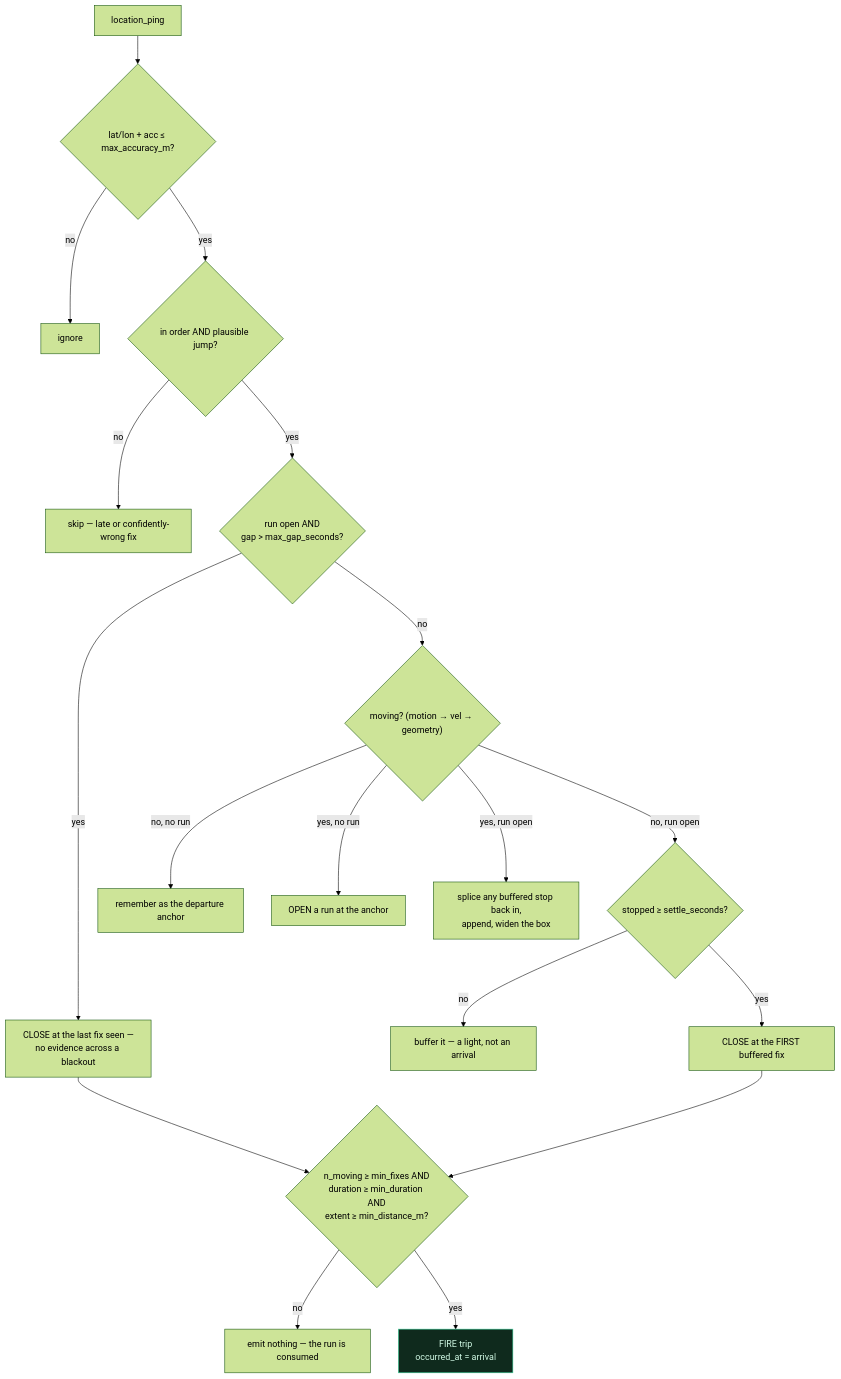
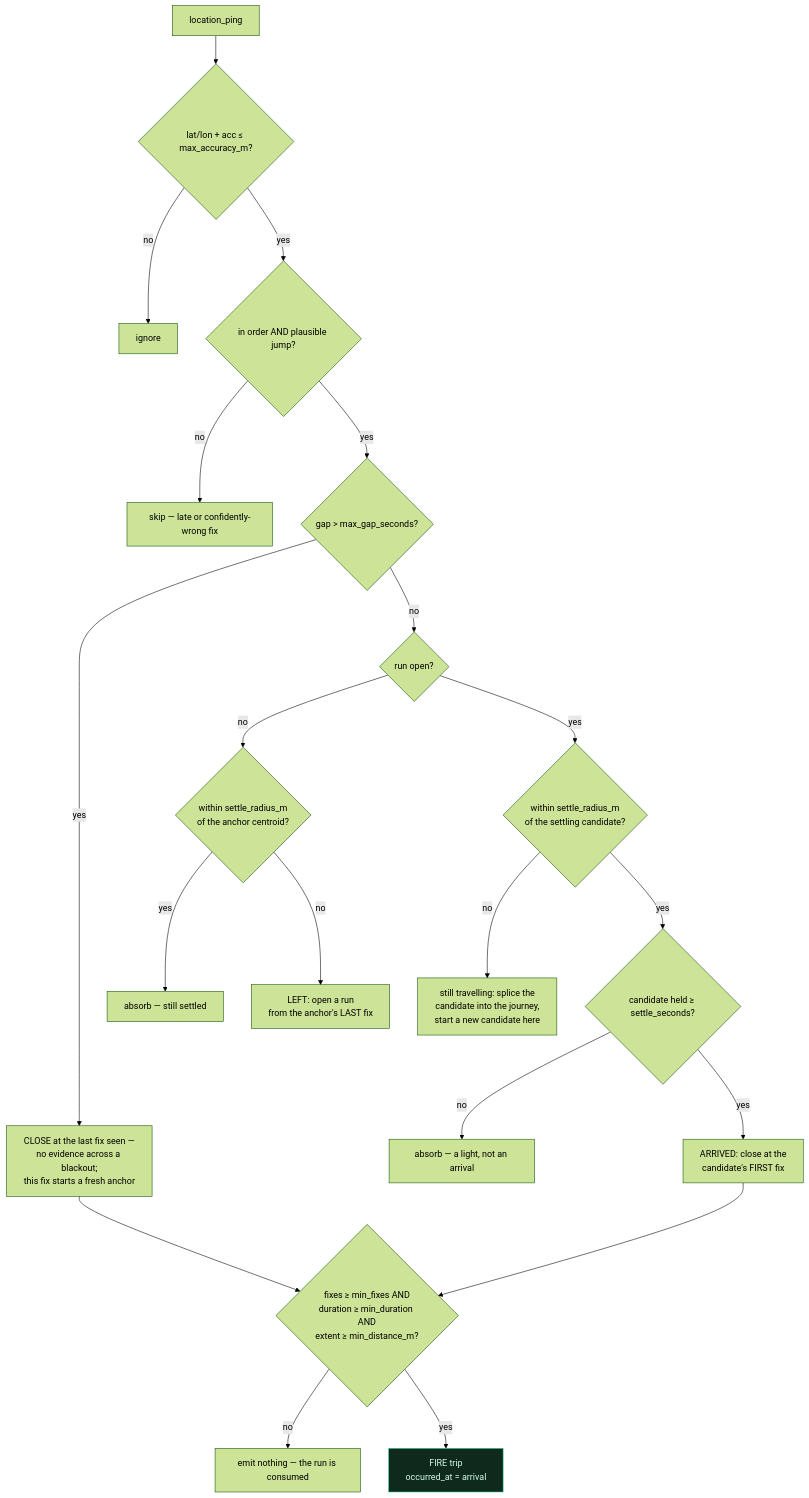
One commit to rodis/inference changed diagram 14 of 14 in doc/core.md. Above: the diagram before and after it, drawn with Mermaid (forest theme). The commit also changed other lines of this file and 7 other files, not shown here.

````diff
--- a/doc/core.md
+++ b/doc/core.md
@@ -1429,22 +1445,24 @@
 ```mermaid
 flowchart TB
     fix["location_ping"] --> g1{"lat/lon + acc ≤ max_accuracy_m?"}
     g1 -->|no| drop1["ignore"]
     g1 -->|yes| g2{"in order AND plausible jump?"}
     g2 -->|no| drop2["skip — late or confidently-wrong fix"]
-    g2 -->|yes| g3{"run open AND<br/>gap > max_gap_seconds?"}
-    g3 -->|yes| close1["CLOSE at the last fix seen —<br/>no evidence across a blackout"]
-    g3 -->|no| g4{"moving? (motion → vel → geometry)"}
-    g4 -->|"no, no run"| anchor["remember as the departure anchor"]
-    g4 -->|"yes, no run"| open["OPEN a run at the anchor"]
-    g4 -->|"yes, run open"| ext["splice any buffered stop back in,<br/>append, widen the box"]
-    g4 -->|"no, run open"| buf{"stopped ≥ settle_seconds?"}
-    buf -->|no| hold["buffer it — a light, not an arrival"]
-    buf -->|yes| close2["CLOSE at the FIRST buffered fix"]
+    g2 -->|yes| g3{"gap > max_gap_seconds?"}
+    g3 -->|yes| close1["CLOSE at the last fix seen —<br/>no evidence across a blackout;<br/>this fix starts a fresh anchor"]
+    g3 -->|no| g4{"run open?"}
+    g4 -->|no| s1{"within settle_radius_m<br/>of the anchor centroid?"}
+    s1 -->|yes| ext1["absorb — still settled"]
+    s1 -->|no| open["LEFT: open a run<br/>from the anchor's LAST fix"]
+    g4 -->|yes| s2{"within settle_radius_m<br/>of the settling candidate?"}
+    s2 -->|no| ext2["still travelling: splice the<br/>candidate into the journey,<br/>start a new candidate here"]
+    s2 -->|yes| s3{"candidate held ≥ settle_seconds?"}
+    s3 -->|no| hold["absorb — a light, not an arrival"]
+    s3 -->|yes| close2["ARRIVED: close at the<br/>candidate's FIRST fix"]
     close1 --> judge
-    close2 --> judge{"n_moving ≥ min_fixes AND<br/>duration ≥ min_duration AND<br/>extent ≥ min_distance_m?"}
+    close2 --> judge{"fixes ≥ min_fixes AND<br/>duration ≥ min_duration AND<br/>extent ≥ min_distance_m?"}
     judge -->|no| drop3["emit nothing — the run is consumed"]
     judge -->|yes| fire["FIRE trip<br/>occurred_at = arrival"]
 
     style fire fill:#0f2a1d,stroke:#34d399,color:#d1fae5
 ```
````
